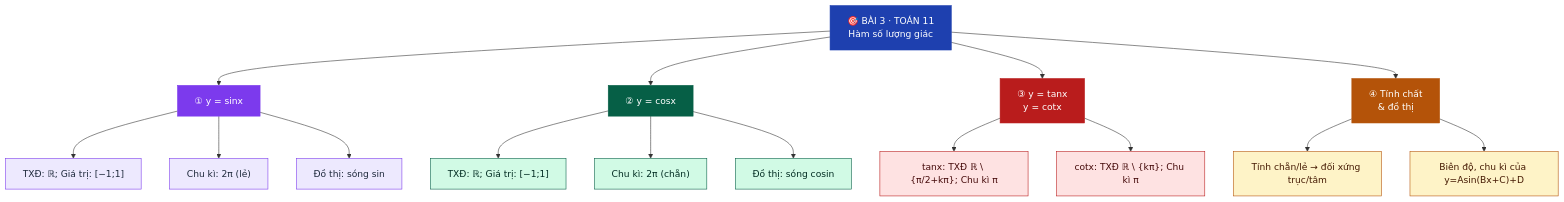
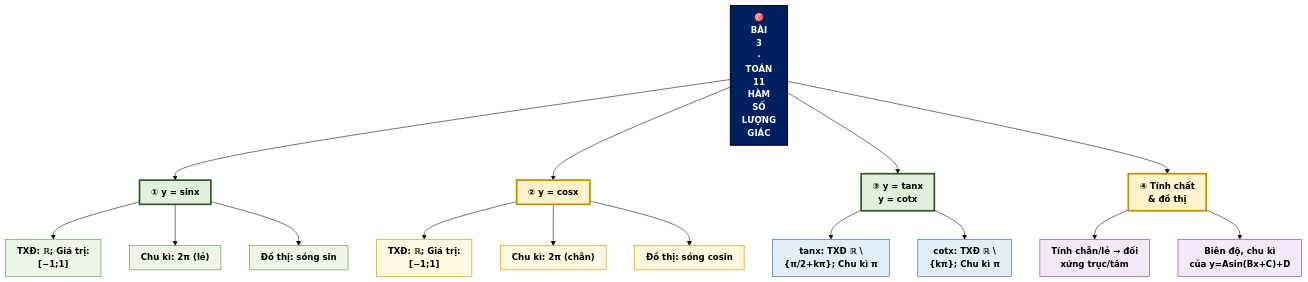
One commit to Trangtu66/Taode_thi_online changed diagram 14 of 30 in README.md. Above: the diagram before and after it, drawn with Mermaid. The commit also changed other lines of this file and 299 other files, not shown here.

````diff
--- a/README.md
+++ b/README.md
@@ -535,32 +590,35 @@
 ```mermaid
+%%{init: {"theme": "base", "htmlLabels": true, "flowchart": {"htmlLabels": true, "padding": 10, "curve": "basis"}, "themeVariables": {"fontSize": "15px"}}}%%
 graph TD
-    G["🎯 BÀI 3 · TOÁN 11<br/>Hàm số lượng giác"]:::root
+    G["🎯<BR/>BÀI<BR/>3<BR/>·<BR/>TOÁN<BR/>11<BR/>HÀM<BR/>SỐ<BR/>LƯỢNG<BR/>GIÁC"]:::root
     G --> A["① y = sinx"]:::n1
     G --> B["② y = cosx"]:::n2
     G --> C["③ y = tanx<br/>y = cotx"]:::n3
     G --> D["④ Tính chất<br/>& đồ thị"]:::n4
 
-    A --> A1["TXĐ: ℝ; Giá trị: [−1;1]"]:::l1
+    A --> A1["TXĐ: ℝ; Giá trị:<br/>[−1;1]"]:::l1
     A --> A2["Chu kì: 2π (lẻ)"]:::l1
     A --> A3["Đồ thị: sóng sin"]:::l1
 
-    B --> B1["TXĐ: ℝ; Giá trị: [−1;1]"]:::l2
+    B --> B1["TXĐ: ℝ; Giá trị:<br/>[−1;1]"]:::l2
     B --> B2["Chu kì: 2π (chẵn)"]:::l2
     B --> B3["Đồ thị: sóng cosin"]:::l2
 
-    C --> C1["tanx: TXĐ ℝ \ {π/2+kπ}; Chu kì π"]:::l3
-    C --> C2["cotx: TXĐ ℝ \ {kπ}; Chu kì π"]:::l3
+    C --> C1["tanx: TXĐ ℝ \<br/>{π/2+kπ}; Chu kì π"]:::l3
+    C --> C2["cotx: TXĐ ℝ \<br/>{kπ}; Chu kì π"]:::l3
 
-    D --> D1["Tính chẵn/lẻ → đối xứng trục/tâm"]:::l4
-    D --> D2["Biên độ, chu kì của y=Asin(Bx+C)+D"]:::l4
+    D --> D1["Tính chẵn/lẻ → đối<br/>xứng trục/tâm"]:::l4
+    D --> D2["Biên độ, chu kì<br/>của y=Asin(Bx+C)+D"]:::l4
 
-    classDef root fill:#1E40AF,color:#fff,stroke:#1E40AF
-    classDef n1 fill:#7C3AED,color:#fff,stroke:#7C3AED
-    classDef n2 fill:#065F46,color:#fff,stroke:#065F46
-    classDef n3 fill:#B91C1C,color:#fff,stroke:#B91C1C
-    classDef n4 fill:#B45309,color:#fff,stroke:#B45309
-    classDef l1 fill:#EDE9FE,color:#1E293B,stroke:#7C3AED
-    classDef l2 fill:#D1FAE5,color:#022c22,stroke:#065F46
-    classDef l3 fill:#FEE2E2,color:#450a0a,stroke:#B91C1C
-    classDef l4 fill:#FEF3C7,color:#451a03,stroke:#B45309
+    classDef root fill:#002060,color:#FFFFFF,stroke:#000B1E,stroke-width:2px,font-weight:bold
+    classDef n1 fill:#E2EFDA,color:#000000,stroke:#375623,stroke-width:3px,font-weight:bold
+    classDef n2 fill:#FFF2CC,color:#000000,stroke:#BF8F00,stroke-width:3px,font-weight:bold
+    classDef n3 fill:#E2EFDA,color:#000000,stroke:#375623,stroke-width:3px,font-weight:bold
+    classDef n4 fill:#FFF2CC,color:#000000,stroke:#BF8F00,stroke-width:3px,font-weight:bold
+    classDef n5 fill:#E2EFDA,color:#000000,stroke:#375623,stroke-width:3px,font-weight:bold
+    classDef l1 fill:#EDF5E8,color:#000000,stroke:#548235
+    classDef l2 fill:#FFF8E1,color:#000000,stroke:#BF8F00
+    classDef l3 fill:#E3EEF9,color:#000000,stroke:#2F5597
+    classDef l4 fill:#F3E8F7,color:#000000,stroke:#7030A0
+    classDef l5 fill:#FDE9E1,color:#000000,stroke:#C55A11
 ```
````
